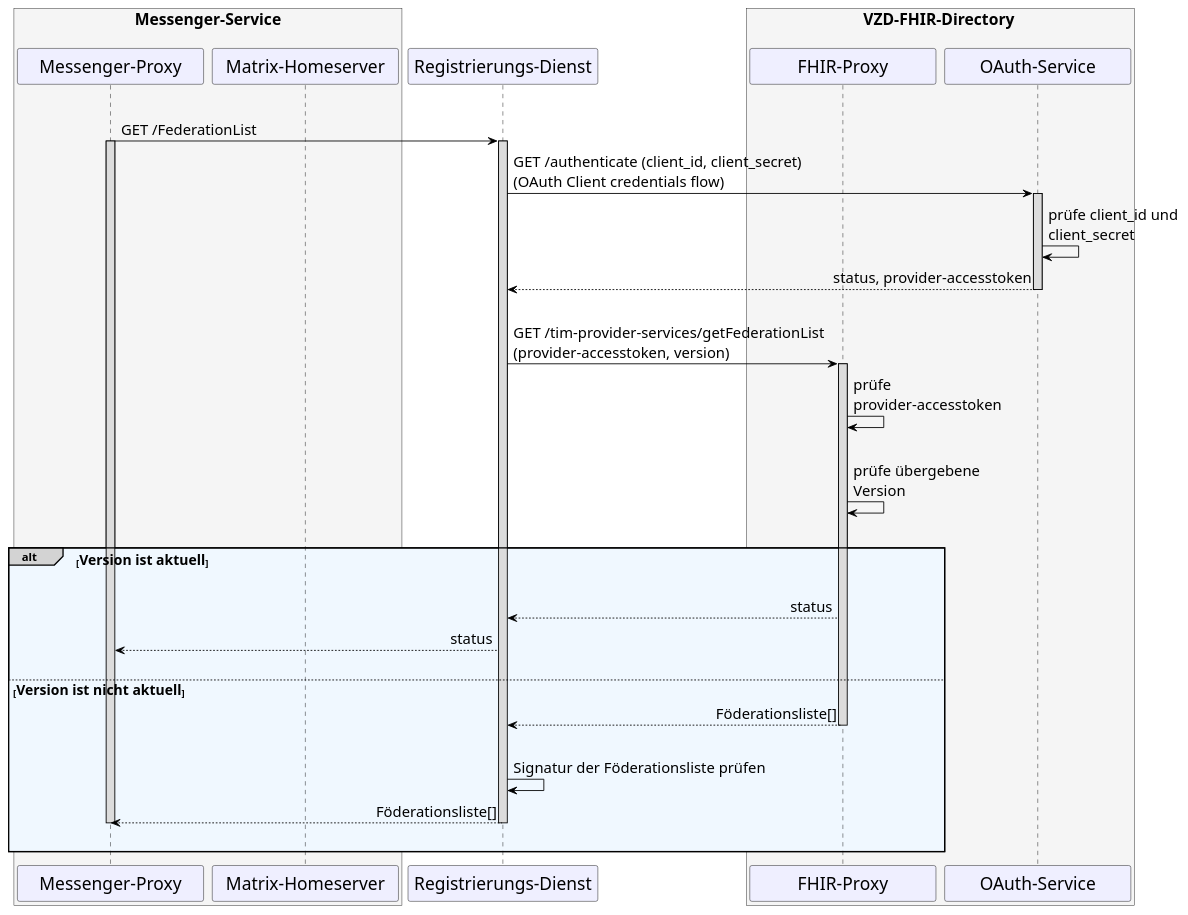
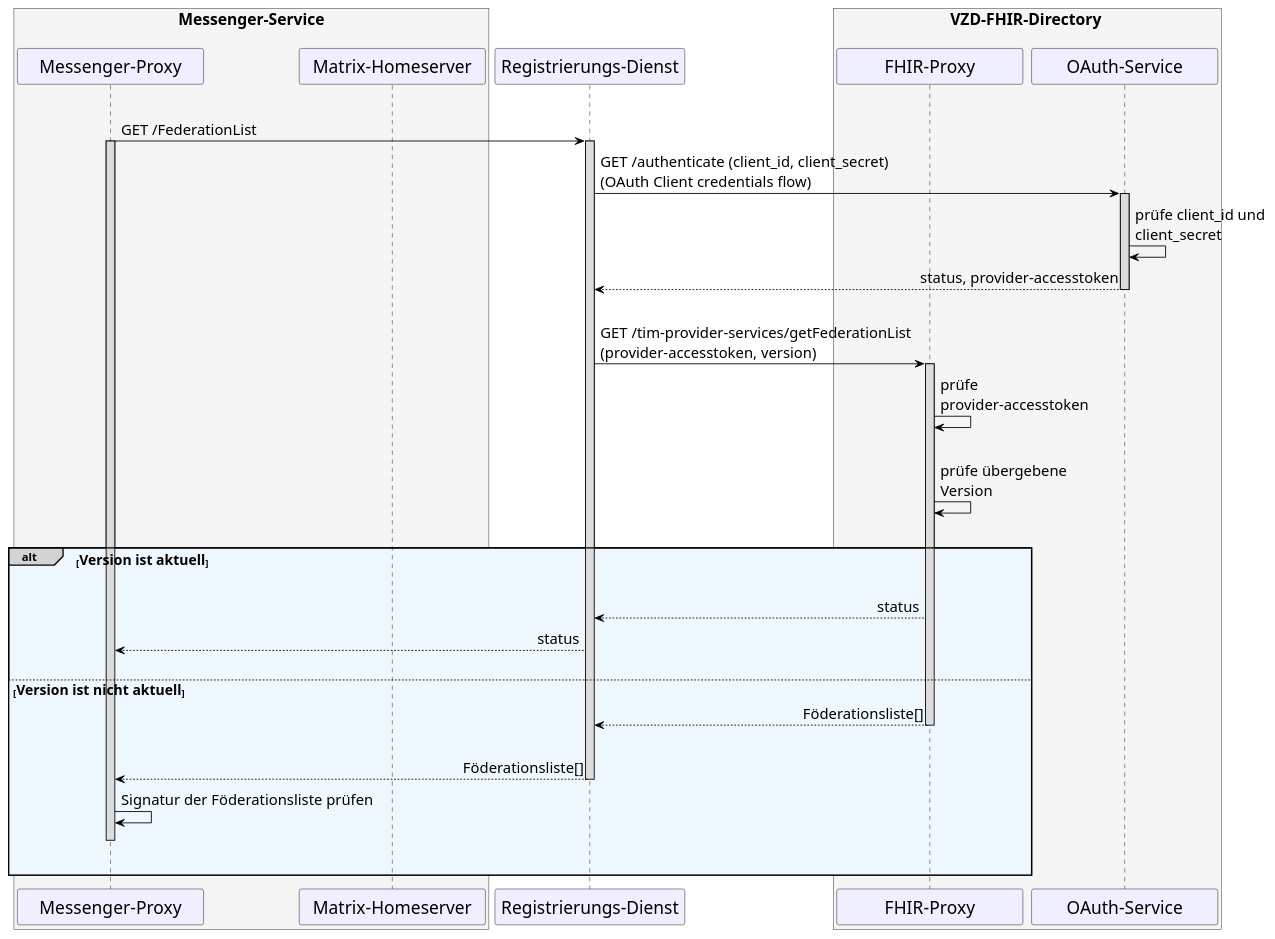
Before and after one commit to gematik/api-ti-messenger: the diagram in src/plantuml/TI-Messenger-Dienst/Ressourcen/UC_Update_Federationlist_Seq.puml, drawn with PlantUML.

Commit message:
Update UC_Update_Federationlist_Seq.puml
Moved Signaturprüfung vom Registrierungs-Dienst zum Messenger Proxy

```diff
--- a/src/plantuml/TI-Messenger-Dienst/Ressourcen/UC_Update_Federationlist_Seq.puml
+++ b/src/plantuml/TI-Messenger-Dienst/Ressourcen/UC_Update_Federationlist_Seq.puml
@@ -9,74 +9,76 @@
 @startuml
 skinparam sequenceMessageAlign direction
 skinparam minClassWidth 200
 skinparam BoxPadding 1
 skinparam sequenceReferenceHeaderBackgroundColor palegreen
 scale max 2048 width
 
 skinparam sequence {
 ArrowColor black
 ArrowFontSize 17
 ActorBorderColor black
 LifeLineBorderColor black
 LifeLineBackgroundColor Gainsboro
 
 ParticipantBorderColor Motivation
 ParticipantBackgroundColor Motivation
 ParticipantFontName Impact
 ParticipantFontSize 20
 ParticipantFontColor black
 ParticipantBorderColor Black
 ParticipantBackgroundColor MOTIVATION
 
 ActorBackgroundColor Gainsboro
 ActorFontColor black
 ActorFontSize 20
 ActorFontName Aapex
 }
     box <size:18>Messenger-Service\n #WhiteSmoke
     participant MP as "Messenger-Proxy"
     participant MH as "Matrix-Homeserver"
     end box
     participant RD as "Registrierungs-Dienst"
     box <size:18>VZD-FHIR-Directory</size> #WhiteSmoke
       participant FP as "FHIR-Proxy"
       participant AS as "OAuth-Service"
     end box
 
   |||
   MP->RD: GET /FederationList 
     Activate MP
     Activate RD
 
   RD->AS: GET /authenticate (client_id, client_secret) \n(OAuth Client credentials flow)
     Activate AS
   AS->AS: prüfe client_id und \nclient_secret
   AS-->RD: status, provider-accesstoken 
     Deactivate AS  
 
   |||
   RD->FP: GET /tim-provider-services/getFederationList \n(provider-accesstoken, version)
     Activate FP
   FP->FP: prüfe \nprovider-accesstoken
   |||
   FP->FP: prüfe übergebene \nVersion
 
 |||
 alt#LightGrey #AliceBlue <size:16>Version ist aktuell</size>
 |||    
 
     FP-->RD: status
     RD-->MP: status
     |||
     
     else <size:16>Version ist nicht aktuell</size>
        FP-->RD: Föderationsliste[]
         Deactivate FP
        |||
-      RD->RD: Signatur der Föderationsliste prüfen
       RD-->MP: Föderationsliste[]
         Deactivate RD
+      MP->MP: Signatur der Föderationsliste prüfen
+      'Needed for correct deactivation in case last message is message to itself
+      MP-[hidden]->MP
         deactivate MP
     |||
 end
 @enduml
```
